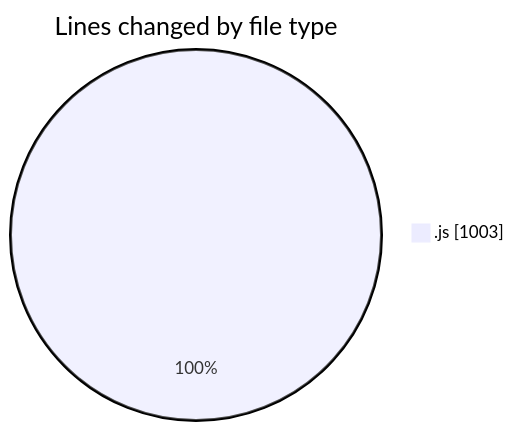
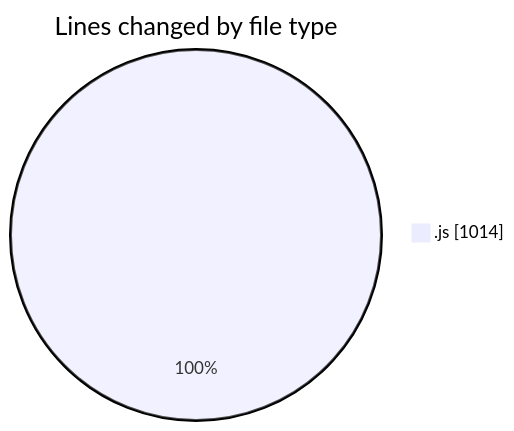
Before and after one commit to Ritupan-Deka/code-tracking: the first of 2 diagrams in 2025-07-29/javascript/README.md, drawn with Mermaid. The commit also changed other lines of this file and 1 other file, not shown here.

````diff
--- a/2025-07-29/javascript/README.md
+++ b/2025-07-29/javascript/README.md
@@ -20,5 +21,5 @@
 ```mermaid
 pie showData
 title Lines changed by file type
-".js" : 1003
+".js" : 1014
 ```
````
